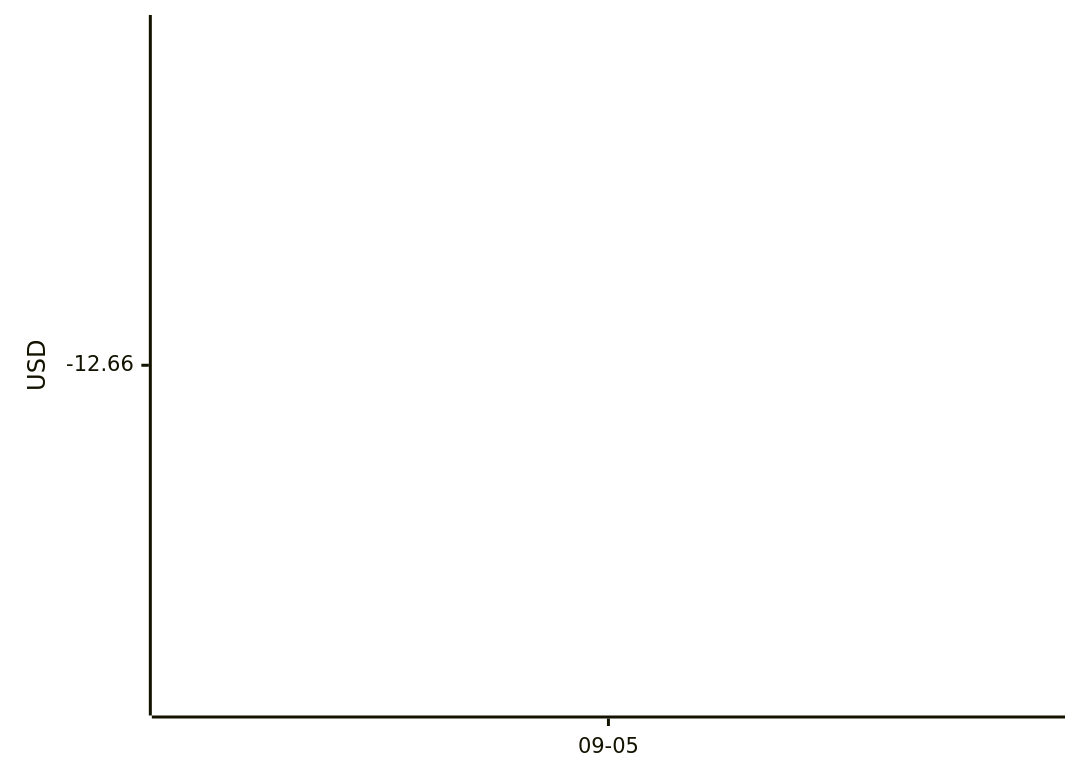
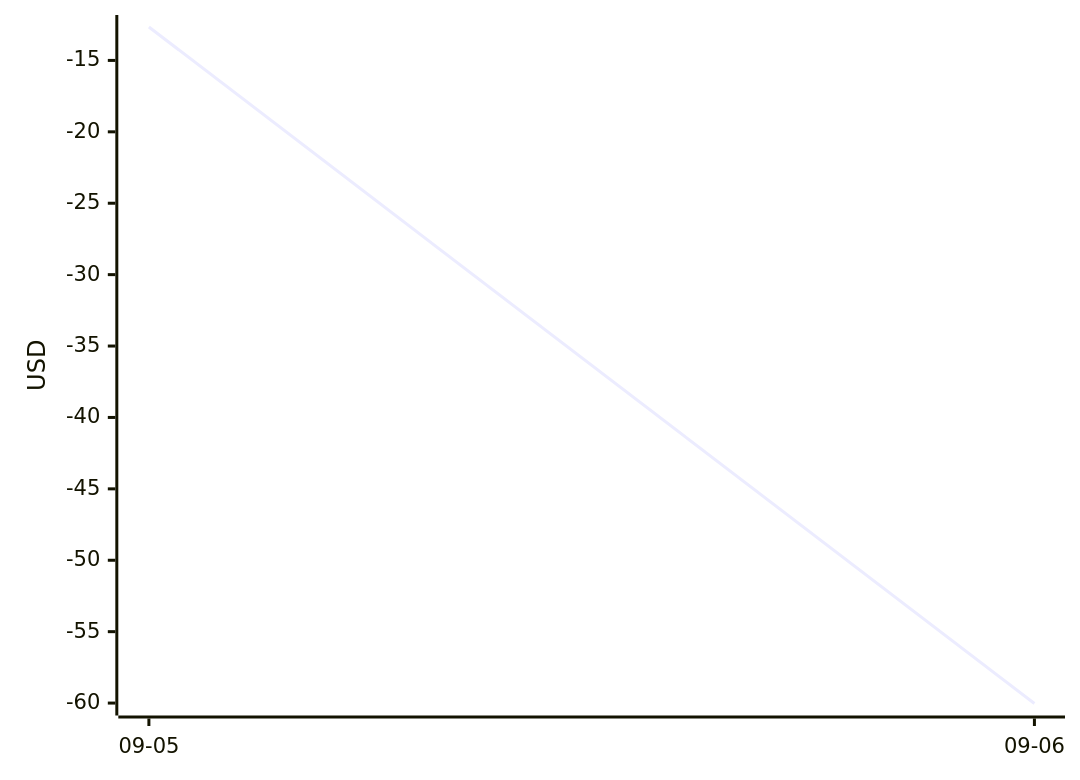
One commit to aryanvaid2108/prediction-trading changed the diagram in DASHBOARD.md. Above: the diagram before and after it, drawn with Mermaid. The commit also changed other lines of this file and 7 other files, not shown here.

````diff
--- a/DASHBOARD.md
+++ b/DASHBOARD.md
@@ -56,6 +57,6 @@
 ```mermaid
 xychart-beta
-  x-axis ["09-05"]
+  x-axis ["09-05", "09-06"]
   y-axis "USD"
-  line [-12.66]
+  line [-12.66, -60.03]
 ```
````
